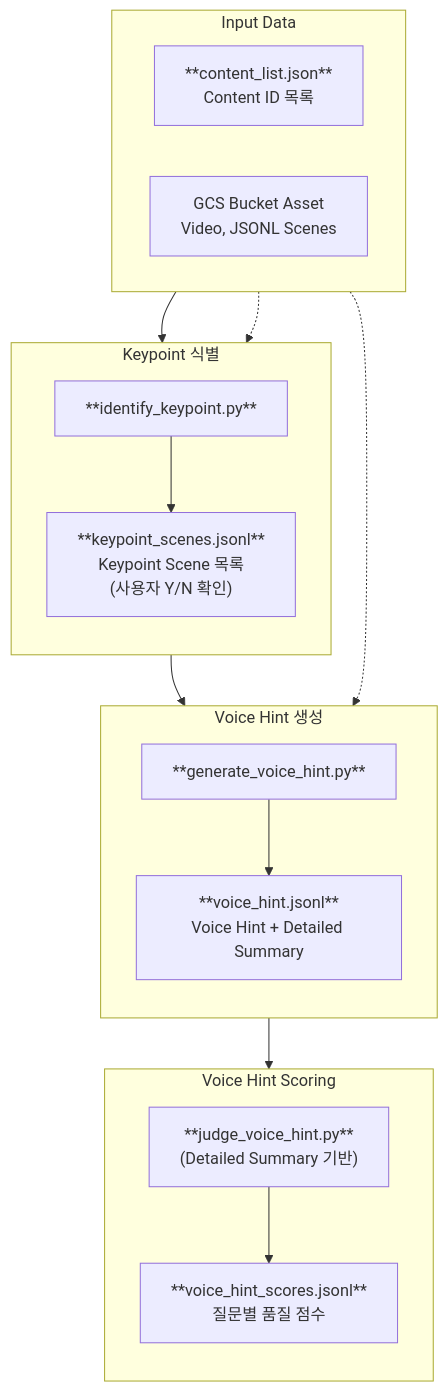
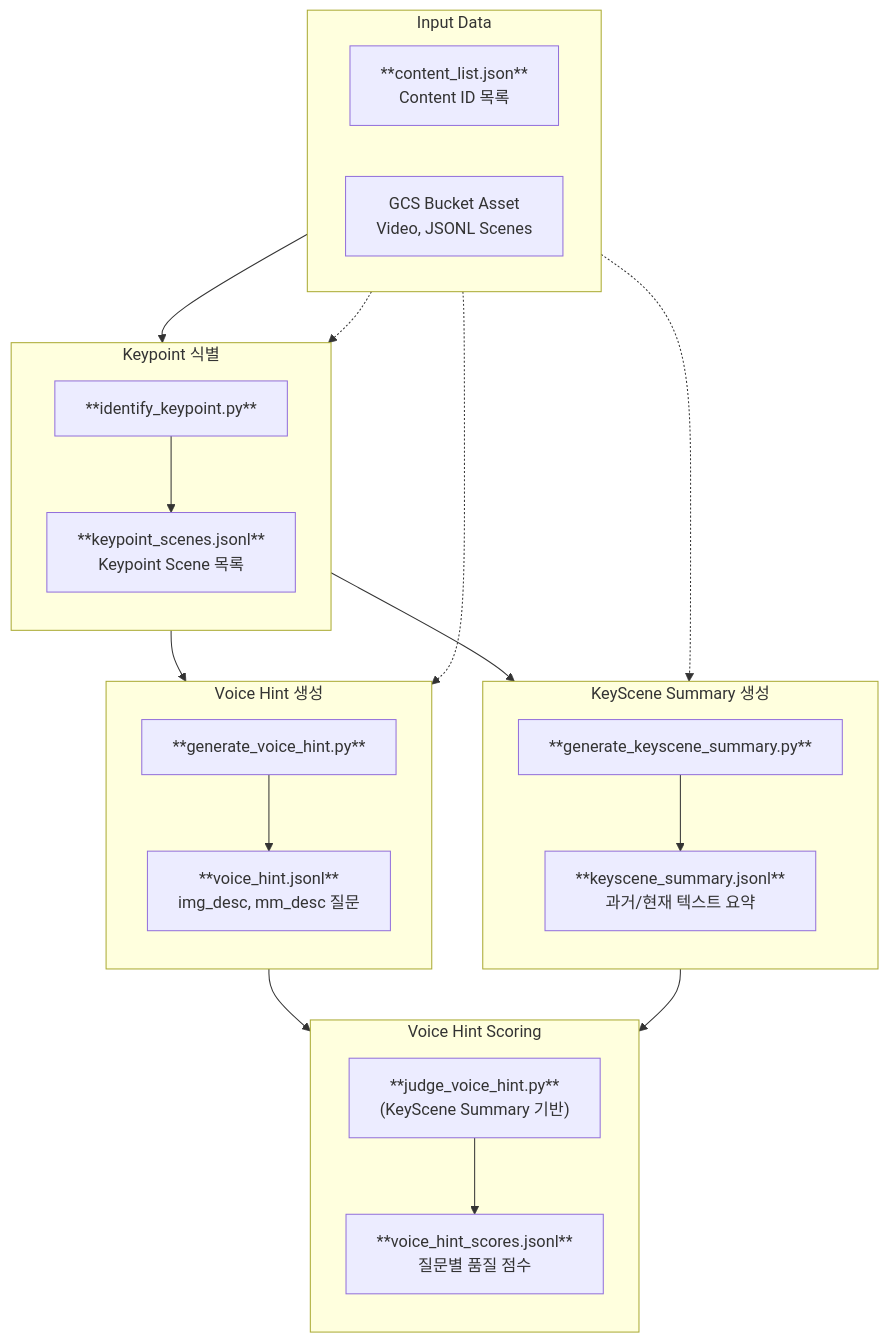
One commit to obeychoi0120/LLMJudge changed the first of 2 diagrams in README.md. Above: the diagram before and after it, drawn with Mermaid. The commit also changed other lines of this file and 10 other files, not shown here.

````diff
--- a/README.md
+++ b/README.md
@@ -18,37 +18,48 @@
 ```mermaid
 flowchart TD
     subgraph INPUT["Input Data"]
         direction LR
         CL["**content_list.json**<br/>Content ID 목록"]
         GCS["GCS Bucket Asset<br/>Video, JSONL Scenes"]
     end
 
     subgraph STEP1["Keypoint 식별"]
         direction TB
         KP_SCRIPT["**identify_keypoint.py**"]
-        KP_OUT["**keypoint_scenes.jsonl**<br/>Keypoint Scene 목록<br/>(사용자 Y/N 확인)"]
+        KP_OUT["**keypoint_scenes.jsonl**<br/>Keypoint Scene 목록"]
     end
 
-    subgraph STEP2["Voice Hint 생성"]
+    subgraph STEP2["KeyScene Summary 생성"]
+        direction TB
+        KS_SCRIPT["**generate_keyscene_summary.py**"]
+        KS_OUT["**keyscene_summary.jsonl**<br/>과거/현재 텍스트 요약"]
+    end
+
+    subgraph STEP3["Voice Hint 생성"]
         direction TB
         VH_SCRIPT["**generate_voice_hint.py**"]
-        VH_OUT["**voice_hint.jsonl**<br/>Voice Hint + Detailed Summary"]
+        VH_OUT["**voice_hint.jsonl**<br/>img_desc, mm_desc 질문"]
     end
 
-    subgraph STEP3["Voice Hint Scoring"]
+    subgraph STEP4["Voice Hint Scoring"]
         direction TB
-        QJ_SCRIPT["**judge_voice_hint.py**<br/>(Detailed Summary 기반)"]
+        QJ_SCRIPT["**judge_voice_hint.py**<br/>(KeyScene Summary 기반)"]
         QJ_SCORES["**voice_hint_scores.jsonl**<br/>질문별 품질 점수"]
     end
 
     CL --> KP_SCRIPT
     GCS -.-> KP_SCRIPT
     KP_SCRIPT --> KP_OUT
 
+    KP_OUT --> KS_SCRIPT
+    GCS -.-> KS_SCRIPT
+    KS_SCRIPT --> KS_OUT
+
     KP_OUT --> VH_SCRIPT
     GCS -.-> VH_SCRIPT
     VH_SCRIPT --> VH_OUT
 
     VH_OUT --> QJ_SCRIPT
+    KS_OUT --> QJ_SCRIPT
     QJ_SCRIPT --> QJ_SCORES
 ```
````
